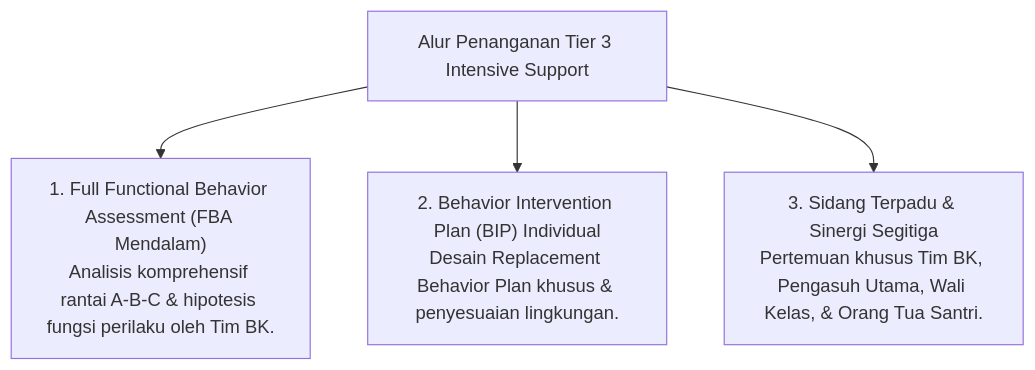
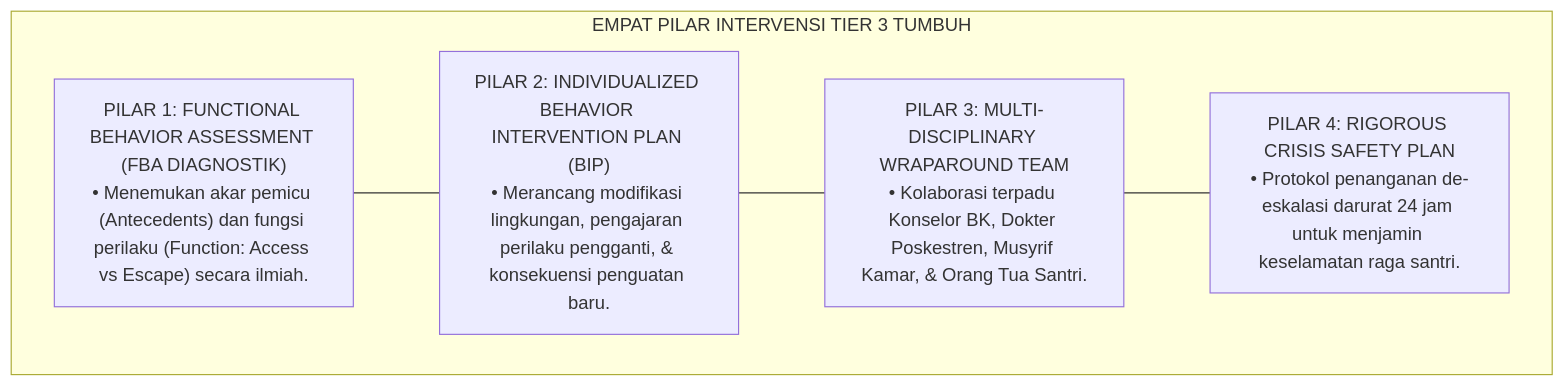
Before and after one commit to wandiapriliyandi/tumbuh: the fifth of 6 diagrams in 06 Intervention Framework/02 Tiered Intervention/P6-02-03-Tier-3-Intensive-Individual-Support-5-Persen.md, drawn with Mermaid. The commit also changed other lines of this file and 6 other files, not shown here.

````diff
--- a/06 Intervention Framework/02 Tiered Intervention/P6-02-03-Tier-3-Intensive-Individual-Support-5-Persen.md
+++ b/06 Intervention Framework/02 Tiered Intervention/P6-02-03-Tier-3-Intensive-Individual-Support-5-Persen.md
@@ -14,7 +154,14 @@
 ```mermaid
-graph TD
-    Tier3Process["Alur Penanganan Tier 3 Intensive Support"]
-    Tier3Process --> FBADeep["1. Full Functional Behavior Assessment (FBA Mendalam)<br/>Analisis komprehensif rantai A-B-C & hipotesis fungsi perilaku oleh Tim BK."]
-    Tier3Process --> BIPPlan["2. Behavior Intervention Plan (BIP) Individual<br/>Desain Replacement Behavior Plan khusus & penyesuaian lingkungan."]
-    Tier3Process --> MultiDiscipline["3. Sidang Terpadu & Sinergi Segitiga<br/>Pertemuan khusus Tim BK, Pengasuh Utama, Wali Kelas, & Orang Tua Santri."]
+flowchart TD
+    subgraph EmpatPilarIntervensiTier3["EMPAT PILAR INTERVENSI TIER 3 TUMBUH"]
+        P1["PILAR 1: FUNCTIONAL BEHAVIOR ASSESSMENT (FBA DIAGNOSTIK)<br/>• Menemukan akar pemicu (Antecedents) dan fungsi perilaku (Function: Access vs Escape) secara ilmiah."]
+        
+        P2["PILAR 2: INDIVIDUALIZED BEHAVIOR INTERVENTION PLAN (BIP)<br/>• Merancang modifikasi lingkungan, pengajaran perilaku pengganti, & konsekuensi penguatan baru."]
+        
+        P3["PILAR 3: MULTI-DISCIPLINARY WRAPAROUND TEAM<br/>• Kolaborasi terpadu Konselor BK, Dokter Poskestren, Musyrif Kamar, & Orang Tua Santri."]
+        
+        P4["PILAR 4: RIGOROUS CRISIS SAFETY PLAN<br/>• Protokol penanganan de-eskalasi darurat 24 jam untuk menjamin keselamatan raga santri."]
+        
+        P1 --- P2 --- P3 --- P4
+    end
 ```
````
